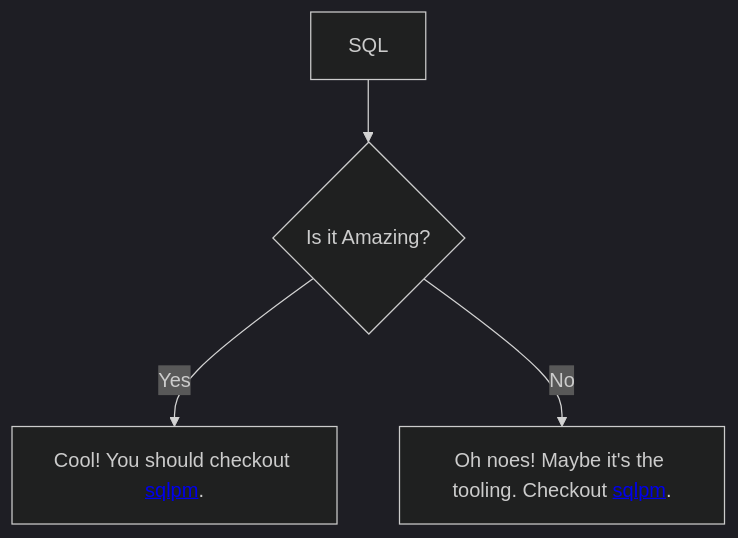
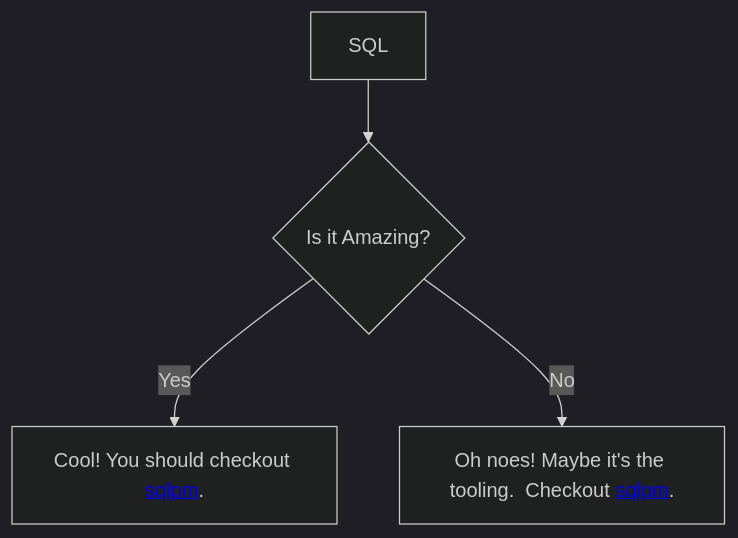
The diagram in README.md (erichosick/erichosick), drawn with Mermaid (dark theme) before and after one commit.

````diff
--- a/README.md
+++ b/README.md
@@ -3,6 +3,6 @@
 ```mermaid
 graph TD;
   A[SQL]-->B{Is it Amazing?};
   B -- Yes -->C[Cool! You should checkout <a href='https://github.com/erichosick/sqlpm/tree/main/packages/sqlpm'>sqlpm</a>.];
-  B -- No --> D[Oh noes! Maybe it's the tooling. Checkout <a href='https://github.com/erichosick/sqlpm/tree/main/packages/sqlpm'>sqlpm</a>.];
+  B -- No --> D[Oh noes! Maybe it's the tooling. <cr> Checkout <a href='https://github.com/erichosick/sqlpm/tree/main/packages/sqlpm'>sqlpm</a>.];
 ```
````
